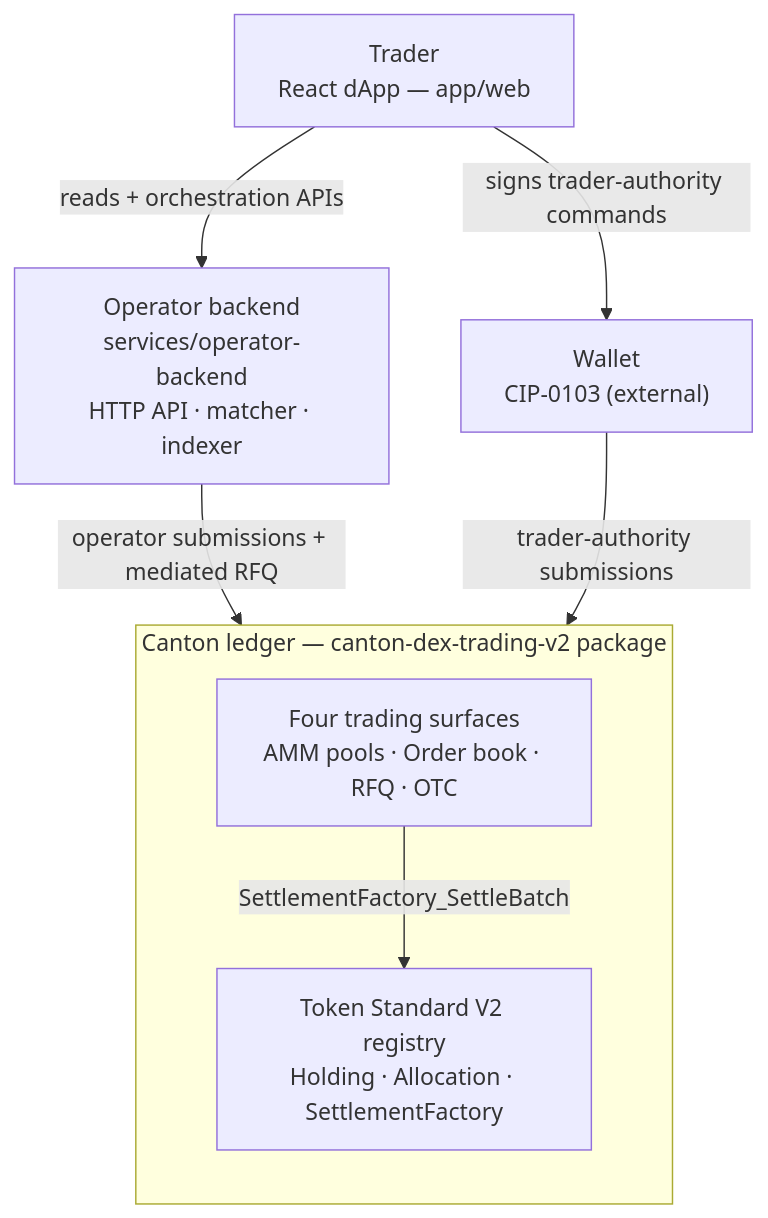
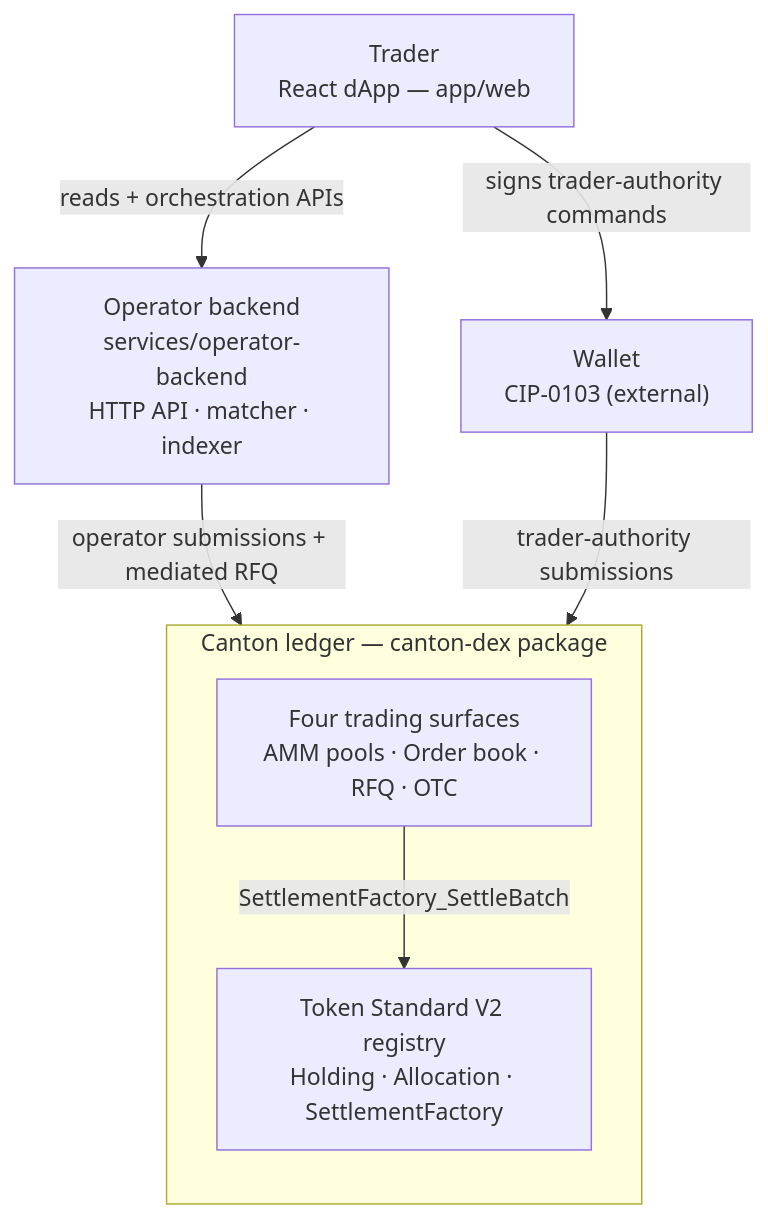
The diagram in docs/concepts/overview.md (srikanth-bitdynamics/Canton-Dex-Reference-Implementation), drawn with Mermaid before and after one commit. The commit also changed other lines of this file and 33 other files, not shown here.

First line of the commit message:
chore(trading): rename package canton-dex-trading-v2 -> canton-dex (fresh 1.0.0 lineage)

````diff
--- a/docs/concepts/overview.md
+++ b/docs/concepts/overview.md
@@ -104,18 +104,18 @@
 ```mermaid
 flowchart TB
   Trader["Trader<br/>React dApp — app/web"]
   Wallet["Wallet<br/>CIP-0103 (external)"]
   Operator["Operator backend<br/>services/operator-backend<br/>HTTP API · matcher · indexer"]
 
-  subgraph Ledger["Canton ledger — canton-dex-trading-v2 package"]
+  subgraph Ledger["Canton ledger — canton-dex package"]
     direction TB
     Surfaces["Four trading surfaces<br/>AMM pools · Order book · RFQ · OTC"]
     Registry["Token Standard V2 registry<br/>Holding · Allocation · SettlementFactory"]
     Surfaces -->|"SettlementFactory_SettleBatch"| Registry
   end
 
   Trader -->|"reads + orchestration APIs"| Operator
   Trader -->|"signs trader-authority commands"| Wallet
   Operator -->|"operator submissions + mediated RFQ"| Ledger
   Wallet -->|"trader-authority submissions"| Ledger
 ```
````
